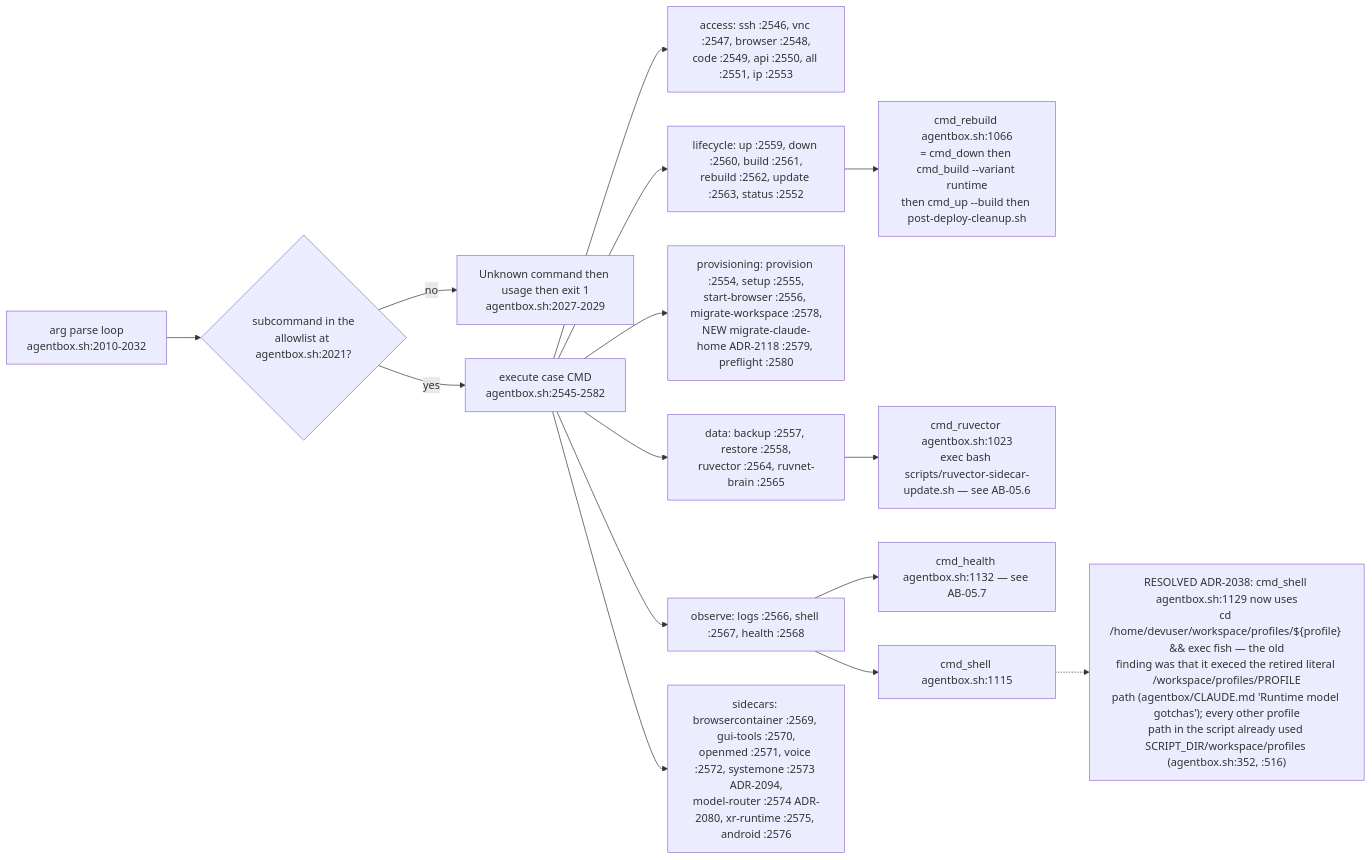
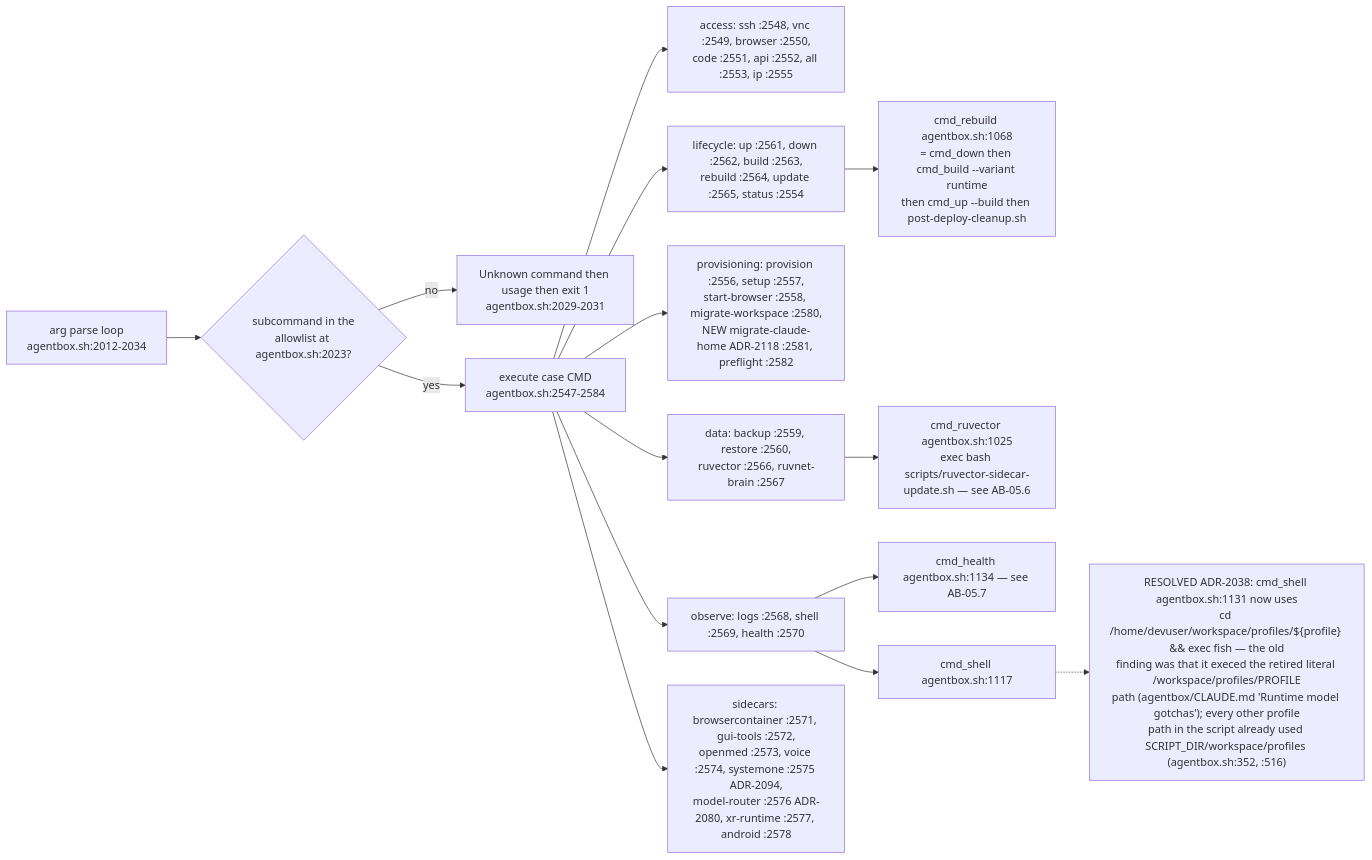
The fifth of 14 diagrams in docs/diagrams/agentbox/05-manifest-gates-and-cli.md (DreamLab-AI/VisionFlow), drawn with Mermaid before and after one commit. The commit also changed other lines of this file and 94 other files, not shown here.

First line of the commit message:
docs(diagrams): re-verify 130 topics against 2 October HEADs

````diff
--- a/docs/diagrams/agentbox/05-manifest-gates-and-cli.md
+++ b/docs/diagrams/agentbox/05-manifest-gates-and-cli.md
@@ -146,17 +146,17 @@
 ```mermaid
 flowchart LR
-    ARG["arg parse loop<br/>agentbox.sh:2010-2032"] --> AL{"subcommand in the<br/>allowlist at agentbox.sh:2021?"}
-    AL -->|no| ERR["Unknown command then usage then exit 1<br/>agentbox.sh:2027-2029"]
-    AL -->|yes| CASE["execute case CMD<br/>agentbox.sh:2545-2582"]
-    CASE --> G1["access: ssh :2546, vnc :2547, browser :2548,<br/>code :2549, api :2550, all :2551, ip :2553"]
-    CASE --> G2["lifecycle: up :2559, down :2560, build :2561,<br/>rebuild :2562, update :2563, status :2552"]
-    CASE --> G3["provisioning: provision :2554, setup :2555,<br/>start-browser :2556, migrate-workspace :2578,<br/>NEW migrate-claude-home ADR-2118 :2579, preflight :2580"]
-    CASE --> G4["data: backup :2557, restore :2558,<br/>ruvector :2564, ruvnet-brain :2565"]
-    CASE --> G5["observe: logs :2566, shell :2567, health :2568"]
-    CASE --> G6["sidecars: browsercontainer :2569, gui-tools :2570,<br/>openmed :2571, voice :2572, systemone :2573 ADR-2094,<br/>model-router :2574 ADR-2080, xr-runtime :2575, android :2576"]
-    G2 --> RB["cmd_rebuild agentbox.sh:1066<br/>= cmd_down then cmd_build --variant runtime<br/>then cmd_up --build then post-deploy-cleanup.sh"]
-    G4 --> RV["cmd_ruvector agentbox.sh:1023<br/>exec bash scripts/ruvector-sidecar-update.sh — see AB-05.6"]
-    G5 --> HL["cmd_health agentbox.sh:1132 — see AB-05.7"]
-    G5 --> SH["cmd_shell agentbox.sh:1115"]
-    SH -.-> RES1["RESOLVED ADR-2038: cmd_shell agentbox.sh:1129 now uses<br/>cd /home/devuser/workspace/profiles/${profile} && exec fish — the old<br/>finding was that it execed the retired literal /workspace/profiles/PROFILE<br/>path (agentbox/CLAUDE.md 'Runtime model gotchas'); every other profile<br/>path in the script already used SCRIPT_DIR/workspace/profiles (agentbox.sh:352, :516)"]
+    ARG["arg parse loop<br/>agentbox.sh:2012-2034"] --> AL{"subcommand in the<br/>allowlist at agentbox.sh:2023?"}
+    AL -->|no| ERR["Unknown command then usage then exit 1<br/>agentbox.sh:2029-2031"]
+    AL -->|yes| CASE["execute case CMD<br/>agentbox.sh:2547-2584"]
+    CASE --> G1["access: ssh :2548, vnc :2549, browser :2550,<br/>code :2551, api :2552, all :2553, ip :2555"]
+    CASE --> G2["lifecycle: up :2561, down :2562, build :2563,<br/>rebuild :2564, update :2565, status :2554"]
+    CASE --> G3["provisioning: provision :2556, setup :2557,<br/>start-browser :2558, migrate-workspace :2580,<br/>NEW migrate-claude-home ADR-2118 :2581, preflight :2582"]
+    CASE --> G4["data: backup :2559, restore :2560,<br/>ruvector :2566, ruvnet-brain :2567"]
+    CASE --> G5["observe: logs :2568, shell :2569, health :2570"]
+    CASE --> G6["sidecars: browsercontainer :2571, gui-tools :2572,<br/>openmed :2573, voice :2574, systemone :2575 ADR-2094,<br/>model-router :2576 ADR-2080, xr-runtime :2577, android :2578"]
+    G2 --> RB["cmd_rebuild agentbox.sh:1068<br/>= cmd_down then cmd_build --variant runtime<br/>then cmd_up --build then post-deploy-cleanup.sh"]
+    G4 --> RV["cmd_ruvector agentbox.sh:1025<br/>exec bash scripts/ruvector-sidecar-update.sh — see AB-05.6"]
+    G5 --> HL["cmd_health agentbox.sh:1134 — see AB-05.7"]
+    G5 --> SH["cmd_shell agentbox.sh:1117"]
+    SH -.-> RES1["RESOLVED ADR-2038: cmd_shell agentbox.sh:1131 now uses<br/>cd /home/devuser/workspace/profiles/${profile} && exec fish — the old<br/>finding was that it execed the retired literal /workspace/profiles/PROFILE<br/>path (agentbox/CLAUDE.md 'Runtime model gotchas'); every other profile<br/>path in the script already used SCRIPT_DIR/workspace/profiles (agentbox.sh:352, :516)"]
 ```
````
